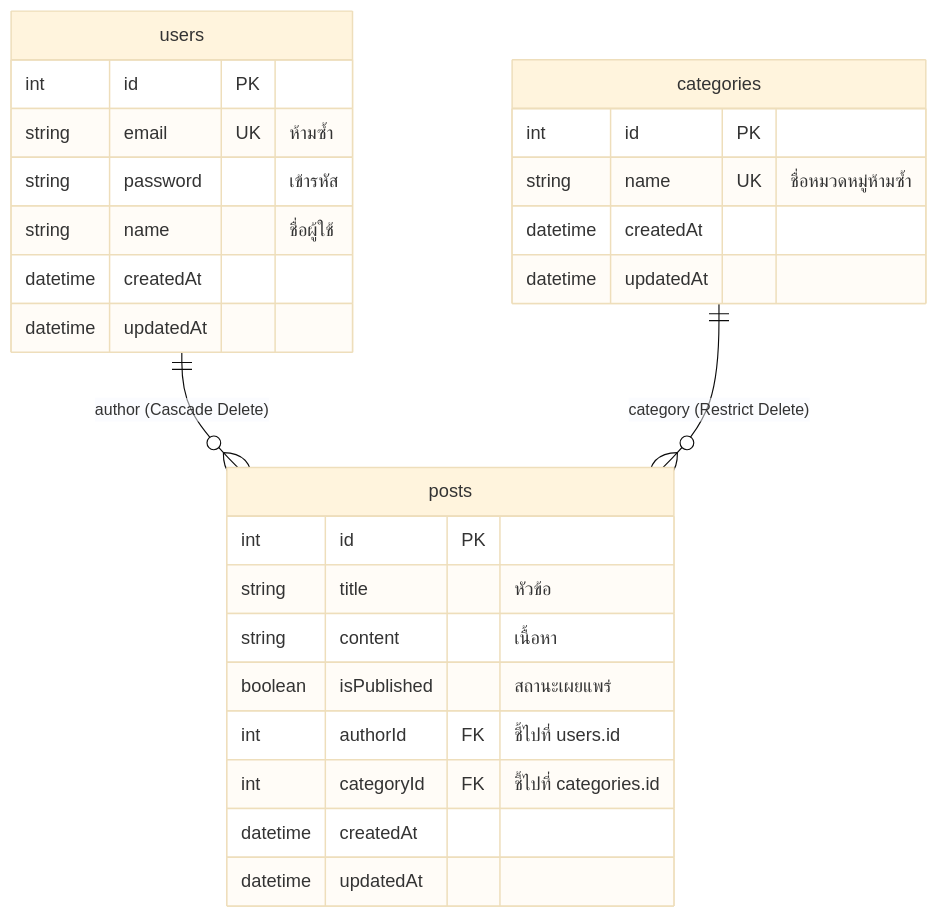
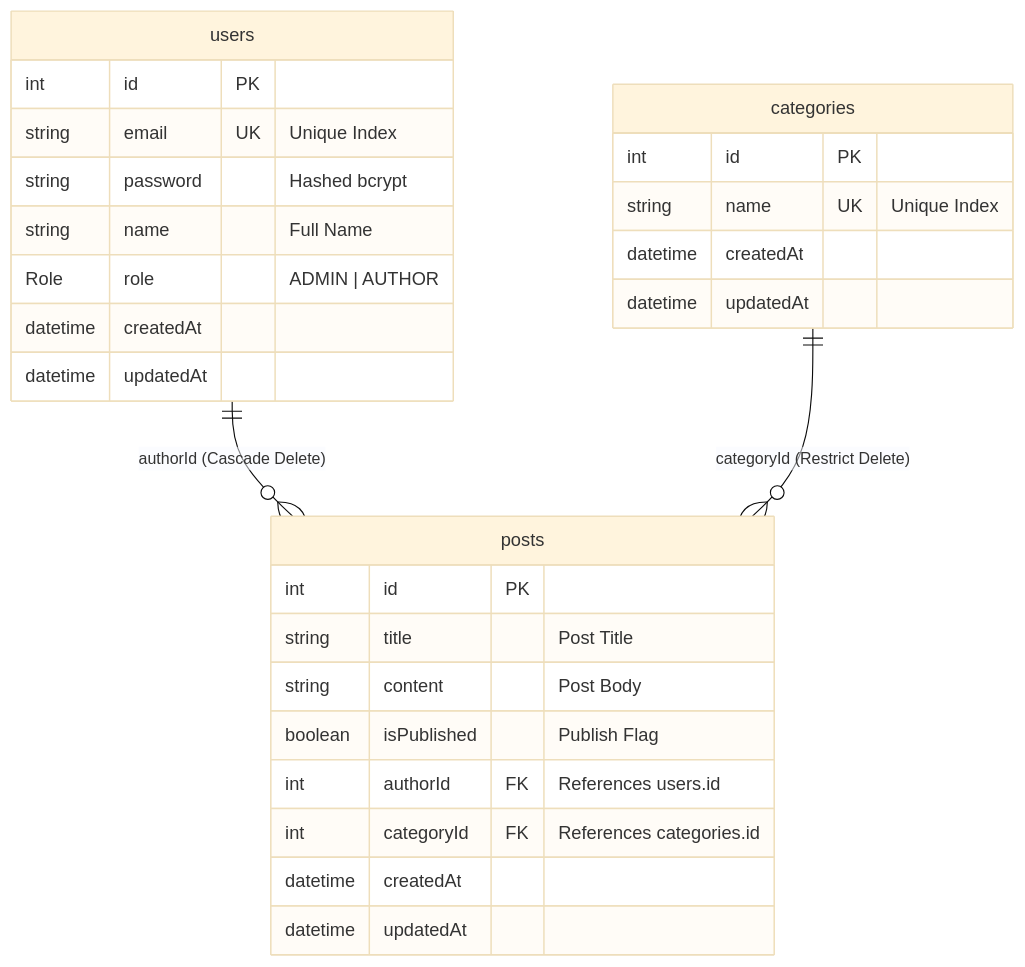
One commit to AranGit/nestjs-prisma-blog-api changed the second of 7 diagrams in docs/blog-api-guide.md. Above: the diagram before and after it, drawn with Mermaid (base theme). The commit also changed other lines of this file and 2 other files, not shown here.

Commit message:
docs: transform all documentation into zero-emoji infographic style with enhanced diagrams and matrices

````diff
--- a/docs/blog-api-guide.md
+++ b/docs/blog-api-guide.md
@@ -65,32 +69,33 @@
 ```mermaid
 erDiagram
-    users ||--o{ posts : "author (Cascade Delete)"
-    categories ||--o{ posts : "category (Restrict Delete)"
+    users ||--o{ posts : "authorId (Cascade Delete)"
+    categories ||--o{ posts : "categoryId (Restrict Delete)"
 
     users {
         int id PK
-        string email UK "ห้ามซ้ำ"
-        string password "เข้ารหัส"
-        string name "ชื่อผู้ใช้"
+        string email UK "Unique Index"
+        string password "Hashed bcrypt"
+        string name "Full Name"
+        Role role "ADMIN | AUTHOR"
         datetime createdAt
         datetime updatedAt
     }
 
     categories {
         int id PK
-        string name UK "ชื่อหมวดหมู่ห้ามซ้ำ"
+        string name UK "Unique Index"
         datetime createdAt
         datetime updatedAt
     }
 
     posts {
         int id PK
-        string title "หัวข้อ"
-        string content "เนื้อหา"
-        boolean isPublished "สถานะเผยแพร่"
-        int authorId FK "ชี้ไปที่ users.id"
-        int categoryId FK "ชี้ไปที่ categories.id"
+        string title "Post Title"
+        string content "Post Body"
+        boolean isPublished "Publish Flag"
+        int authorId FK "References users.id"
+        int categoryId FK "References categories.id"
         datetime createdAt
         datetime updatedAt
     }
 ```
````
